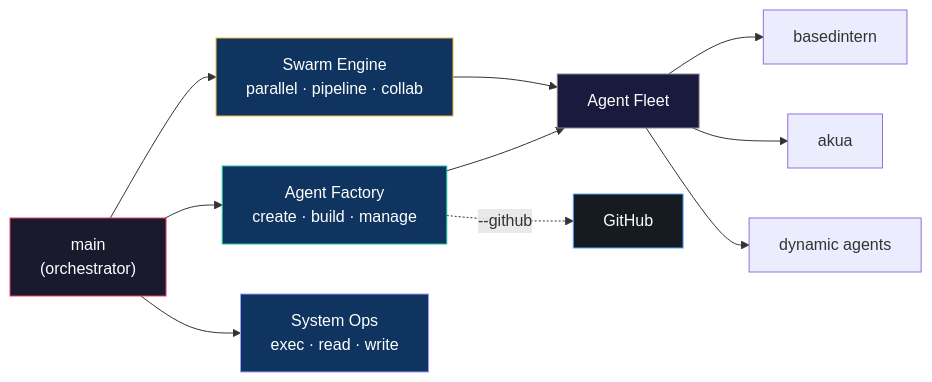
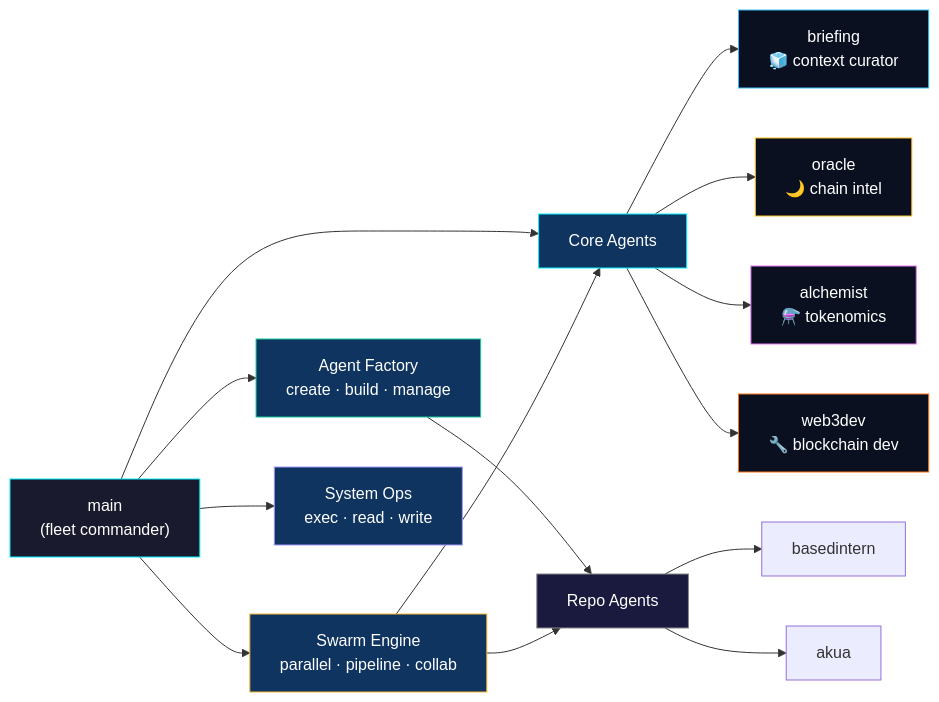
Before and after one commit to Metavibez4L/XmetaV: the diagram in docs/agents/main.md, drawn with Mermaid. The commit also changed other lines of this file, not shown here.

First line of the commit message:
docs: update main agent runbook with core fleet awareness

````diff
--- a/docs/agents/main.md
+++ b/docs/agents/main.md
@@ -14,20 +14,29 @@
 ```mermaid
 flowchart LR
-    MAIN["main\n(orchestrator)"]
+    MAIN["main\n(fleet commander)"]
 
+    MAIN --> CORE["Core Agents"]
     MAIN --> FAC["Agent Factory\ncreate · build · manage"]
     MAIN --> SWM["Swarm Engine\nparallel · pipeline · collab"]
     MAIN --> SYS["System Ops\nexec · read · write"]
 
-    FAC --> FLEET["Agent Fleet"]
-    FAC -.->|--github| GH["GitHub"]
-    SWM --> FLEET
-    FLEET --> BI["basedintern"] & AK["akua"] & DYN["dynamic agents"]
+    CORE --> BR["briefing\n🧊 context curator"]
+    CORE --> OR["oracle\n🌙 chain intel"]
+    CORE --> AL["alchemist\n⚗️ tokenomics"]
+    CORE --> W3["web3dev\n🔧 blockchain dev"]
 
-    style MAIN fill:#1a1a2e,stroke:#e94560,color:#fff
+    FAC --> REPO["Repo Agents"]
+    SWM --> CORE & REPO
+    REPO --> BI["basedintern"] & AK["akua"]
+
+    style MAIN fill:#1a1a2e,stroke:#00f0ff,color:#fff
+    style CORE fill:#0f3460,stroke:#00f0ff,color:#fff
+    style BR fill:#0a1020,stroke:#38bdf8,color:#fff
+    style OR fill:#0a1020,stroke:#fbbf24,color:#fff
+    style AL fill:#0a1020,stroke:#e879f9,color:#fff
+    style W3 fill:#0a1020,stroke:#f97316,color:#fff
     style FAC fill:#0f3460,stroke:#16c79a,color:#fff
     style SWM fill:#0f3460,stroke:#f7b731,color:#fff
     style SYS fill:#0f3460,stroke:#a29bfe,color:#fff
-    style FLEET fill:#1a1a3e,stroke:#888,color:#fff
-    style GH fill:#161b22,stroke:#58a6ff,color:#fff
+    style REPO fill:#1a1a3e,stroke:#888,color:#fff
 ```
````
